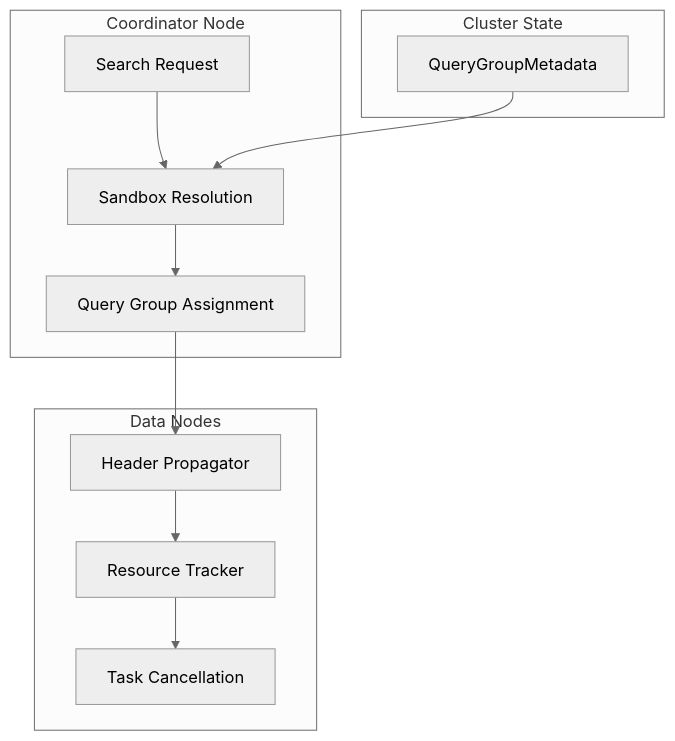
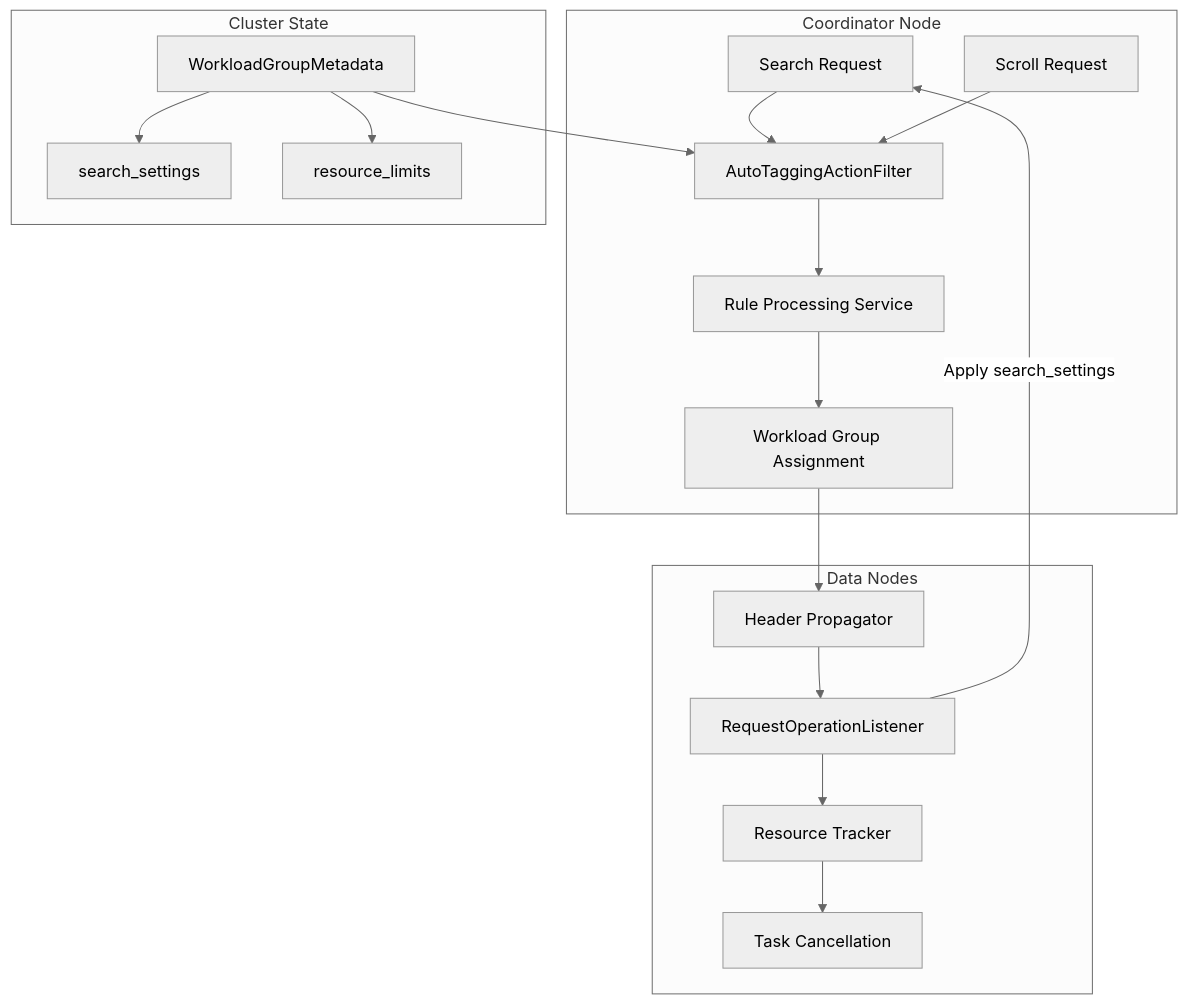
Before and after one commit to tkykenmt/opensearch-feature-explorer: the diagram in docs/features/opensearch/workload-management.md, drawn with Mermaid (neutral theme). The commit also changed other lines of this file and 170 other files, not shown here.

````diff
--- a/docs/features/opensearch/workload-management.md
+++ b/docs/features/opensearch/workload-management.md
@@ -15,22 +15,29 @@
 ```mermaid
 graph TB
     subgraph "Coordinator Node"
-        REQ[Search Request] --> RES[Sandbox Resolution]
-        RES --> QG[Query Group Assignment]
+        REQ[Search Request] --> FILTER[AutoTaggingActionFilter]
+        SCROLL[Scroll Request] --> FILTER
+        FILTER --> RULES[Rule Processing Service]
+        RULES --> QG[Workload Group Assignment]
     end
-    
+
     subgraph "Cluster State"
-        QGM[QueryGroupMetadata]
+        QGM[WorkloadGroupMetadata]
+        QGM --> SETTINGS[search_settings]
+        QGM --> LIMITS[resource_limits]
     end
-    
+
     subgraph "Data Nodes"
         PROP[Header Propagator]
+        LISTENER[RequestOperationListener]
         TRACK[Resource Tracker]
         CANCEL[Task Cancellation]
     end
-    
+
     QG --> PROP
-    QGM --> RES
-    PROP --> TRACK
+    QGM --> FILTER
+    PROP --> LISTENER
+    LISTENER --> TRACK
+    LISTENER -->|Apply search_settings| REQ
     TRACK --> CANCEL
 ```
````
